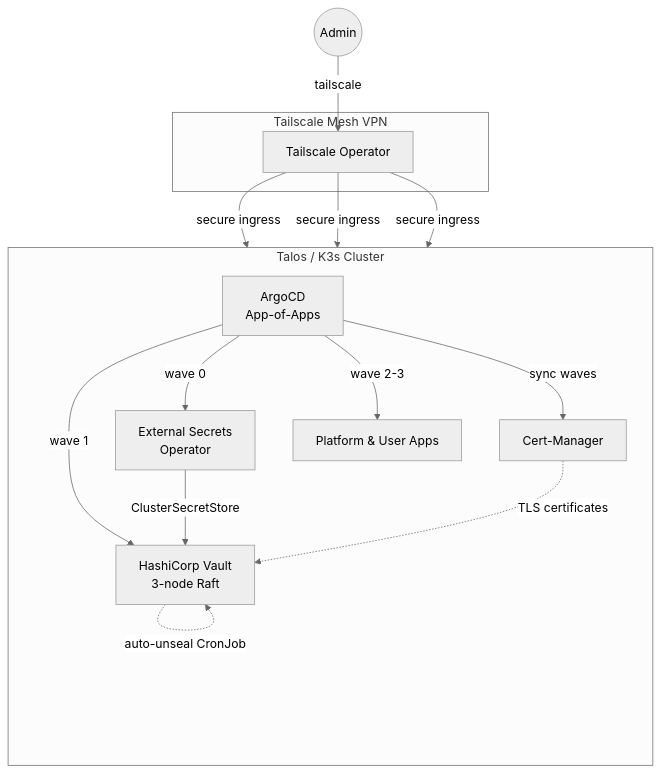
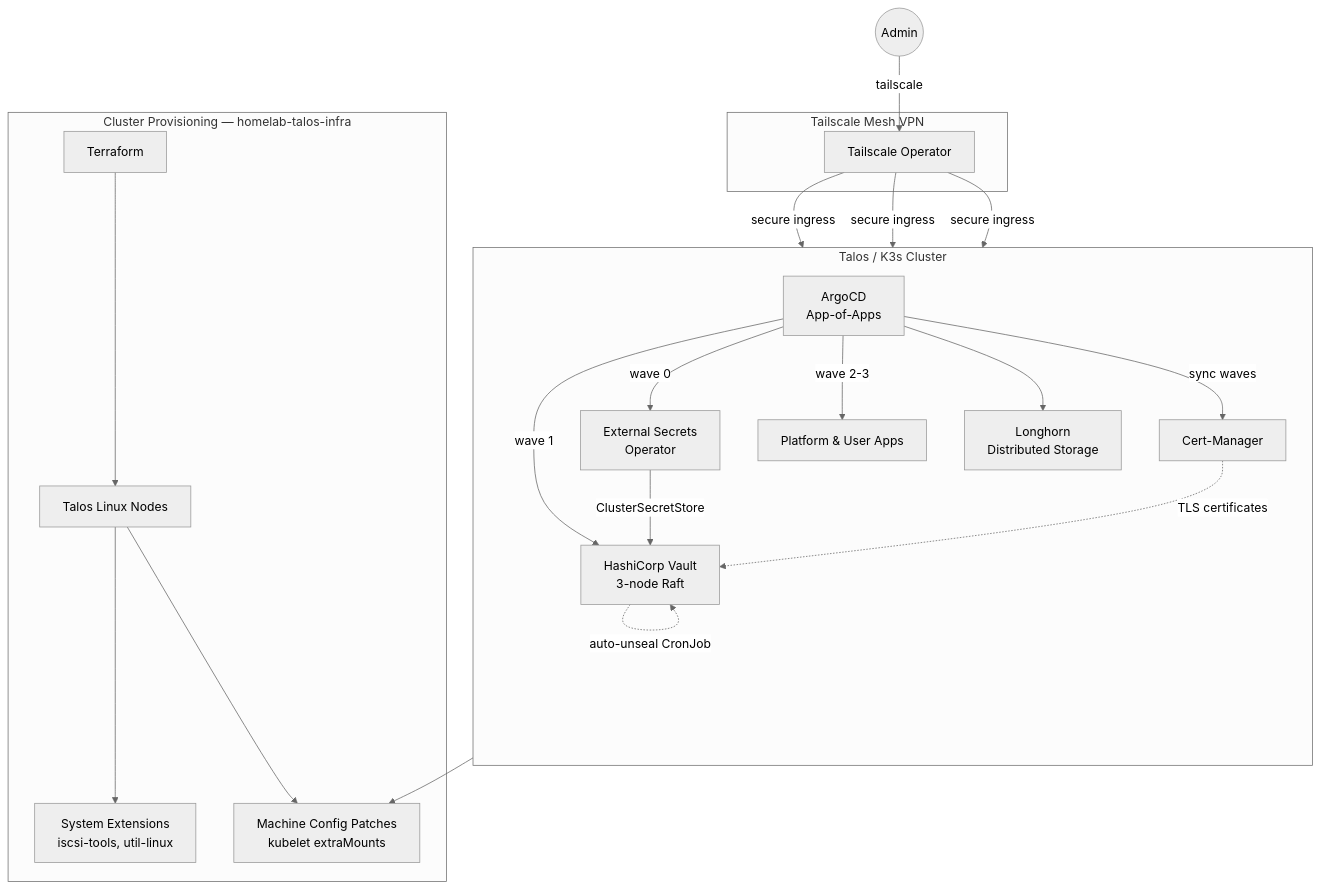
Before and after one commit to Seom88/secured-gitops-tailscale-homelab: the diagram in README.md, drawn with Mermaid (neutral theme). The commit also changed other lines of this file and 1 other file, not shown here.

Commit message:
feat: update README and customization guide for improved clarity on infra setup

````diff
--- a/README.md
+++ b/README.md
@@ -18,29 +22,42 @@
 ```mermaid
 graph TD
+    subgraph "Cluster Provisioning — homelab-talos-infra"
+        TF[Terraform]
+        TALOS[Talos Linux Nodes]
+        EXT[System Extensions<br/>iscsi-tools, util-linux]
+        PATCH[Machine Config Patches<br/>kubelet extraMounts]
+        TF --> TALOS
+        TALOS --> EXT
+        TALOS --> PATCH
+    end
+
     subgraph "Tailscale Mesh VPN"
         TS[Tailscale Operator]
     end
 
     subgraph "Talos / K3s Cluster"
         direction TB
         Argo[ArgoCD<br/>App-of-Apps]
         Vault[HashiCorp Vault<br/>3-node Raft]
         ESO[External Secrets<br/>Operator]
         Cert[Cert-Manager]
         Apps[Platform & User Apps]
+        LH[Longhorn<br/>Distributed Storage]
 
         Argo -->|sync waves| Cert
         Argo -->|wave 0| ESO
         Argo -->|wave 1| Vault
         Argo -->|wave 2-3| Apps
+        Argo --> LH
     end
 
     User((Admin)) -->|tailscale| TS
     TS -->|secure ingress| Argo
     TS -->|secure ingress| Vault
     TS -->|secure ingress| Apps
 
     ESO -->|ClusterSecretStore| Vault
     Vault -.->|auto-unseal CronJob| Vault
     Cert -.->|TLS certificates| Vault
+    LH --> PATCH
 ```
````
